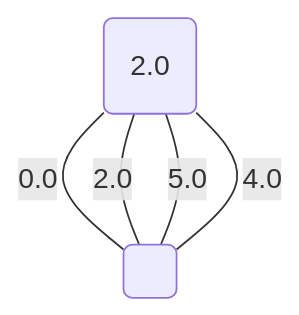
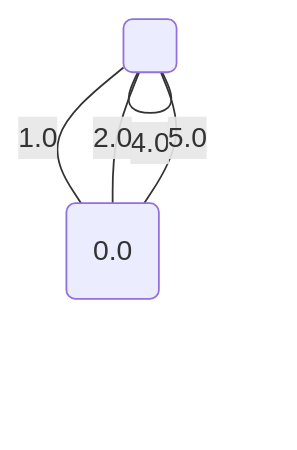
The fifth of 5 diagrams in project/src/testing/minCut.md (metury/graphs), drawn with Mermaid before and after one commit. The commit also changed other lines of this file and 2 other files, not shown here.

````diff
--- a/project/src/testing/minCut.md
+++ b/project/src/testing/minCut.md
@@ -80,9 +81,10 @@
 ```mermaid
 graph TD;
-0("2.0");
+0("0.0");
 1(" ");
-	0 -- "0.0" --- 1;
-	0 -- "2.0" --- 1;
-	1 -- "4.0" --- 0;
-	0 -- "5.0" --- 1;
+	1 -- "0.0" --- 1;
+	1 -- "1.0" --- 0;
+	1 -- "2.0" --- 0;
+	1 -- "4.0" --- 1;
+	1 -- "5.0" --- 0;
 ```
````
